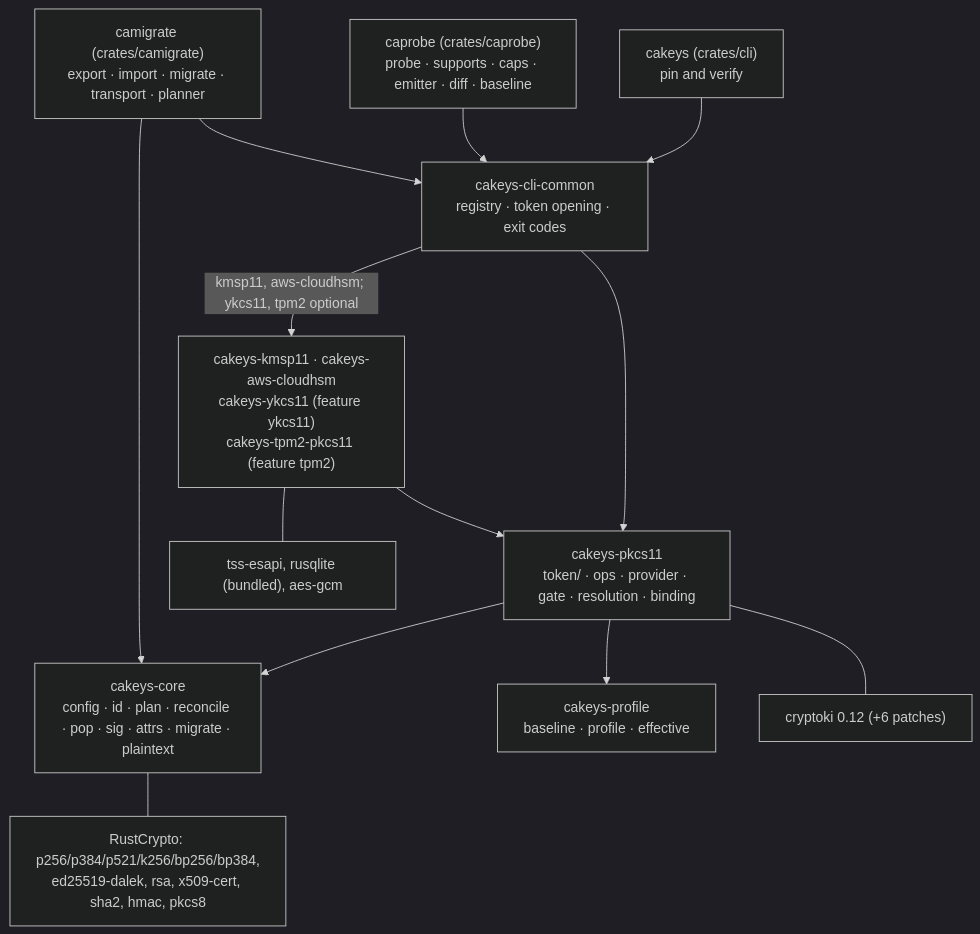
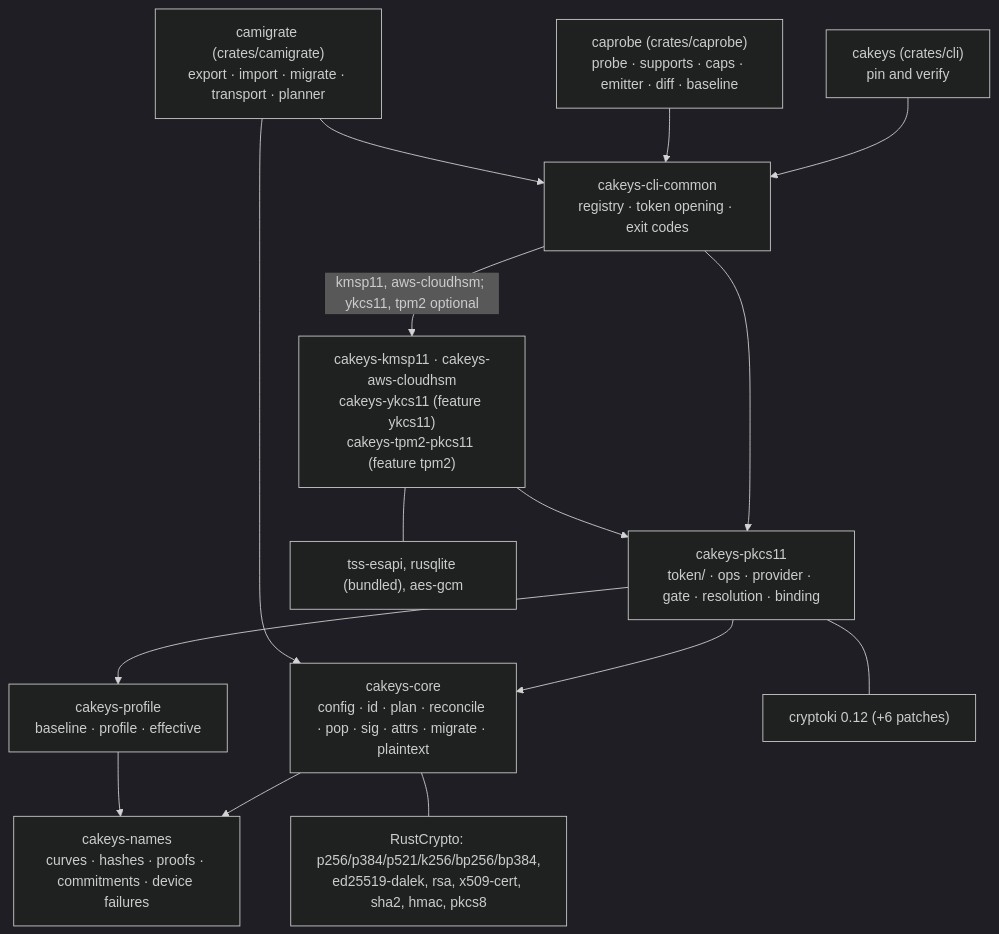
One commit to Princemachiavelli/cakeys changed the first of 2 diagrams in docs/ARCHITECTURE.md. Above: the diagram before and after it, drawn with Mermaid (dark theme). The commit also changed other lines of this file and 29 other files, not shown here.

````diff
--- a/docs/ARCHITECTURE.md
+++ b/docs/ARCHITECTURE.md
@@ -42,25 +43,28 @@
 ```mermaid
 flowchart TD
     CLI["cakeys (crates/cli)<br/>pin and verify"]
     PROBE["caprobe (crates/caprobe)<br/>probe · supports · caps · emitter · diff · baseline"]
     MIG["camigrate (crates/camigrate)<br/>export · import · migrate · transport · planner"]
     COMMON["cakeys-cli-common<br/>registry · token opening · exit codes"]
     P11["cakeys-pkcs11<br/>token/ · ops · provider · gate · resolution · binding"]
     PROVS["cakeys-kmsp11 · cakeys-aws-cloudhsm<br/>cakeys-ykcs11 (feature ykcs11)<br/>cakeys-tpm2-pkcs11 (feature tpm2)"]
     CORE["cakeys-core<br/>config · id · plan · reconcile · pop · sig · attrs · migrate · plaintext"]
     PROF["cakeys-profile<br/>baseline · profile · effective"]
+    NAMES["cakeys-names<br/>curves · hashes · proofs · commitments · device failures"]
 
     CLI --> COMMON
     PROBE --> COMMON
     MIG --> COMMON
     COMMON --> P11
     COMMON -- "kmsp11, aws-cloudhsm; ykcs11, tpm2 optional" --> PROVS
     PROVS --> P11
     P11 --> CORE
     P11 --> PROF
     MIG --> CORE
+    CORE --> NAMES
+    PROF --> NAMES
 
     CORE --- RC["RustCrypto: p256/p384/p521/k256/bp256/bp384,<br/>ed25519-dalek, rsa, x509-cert, sha2, hmac, pkcs8"]
     P11 --- CK["cryptoki 0.12 (+6 patches)"]
     PROVS --- TSS["tss-esapi, rusqlite (bundled), aes-gcm"]
 ```
````
